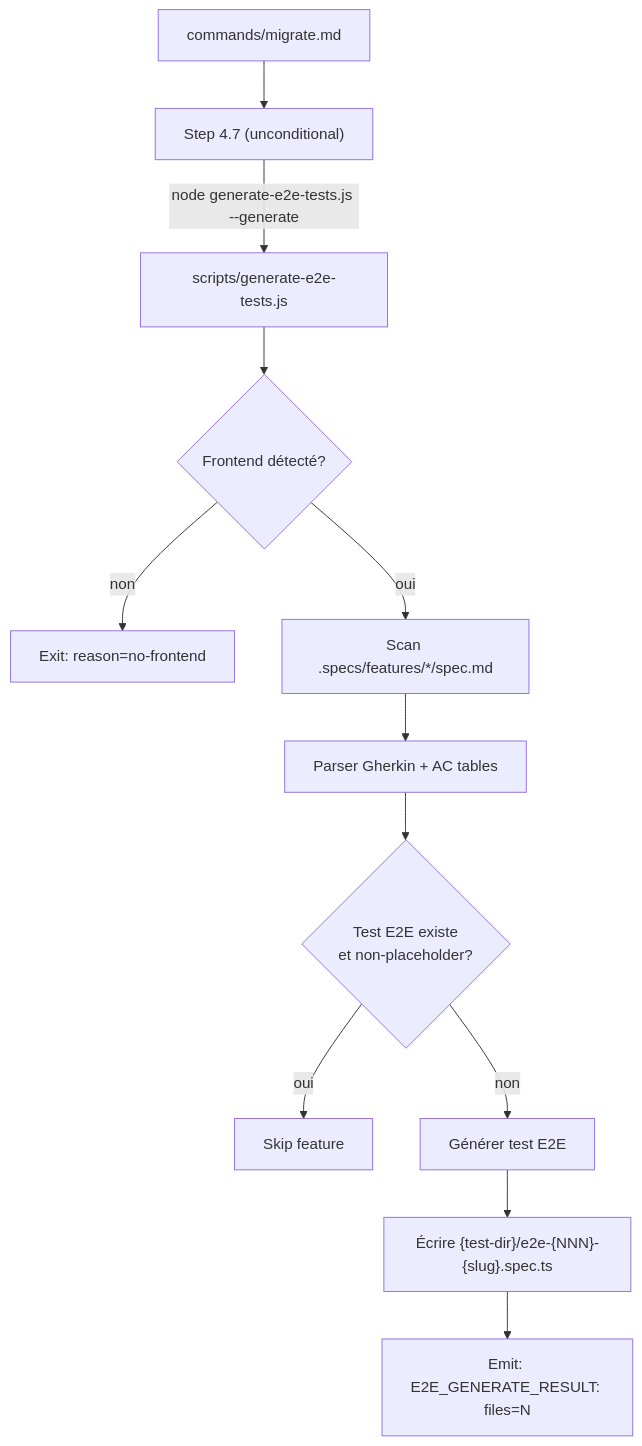
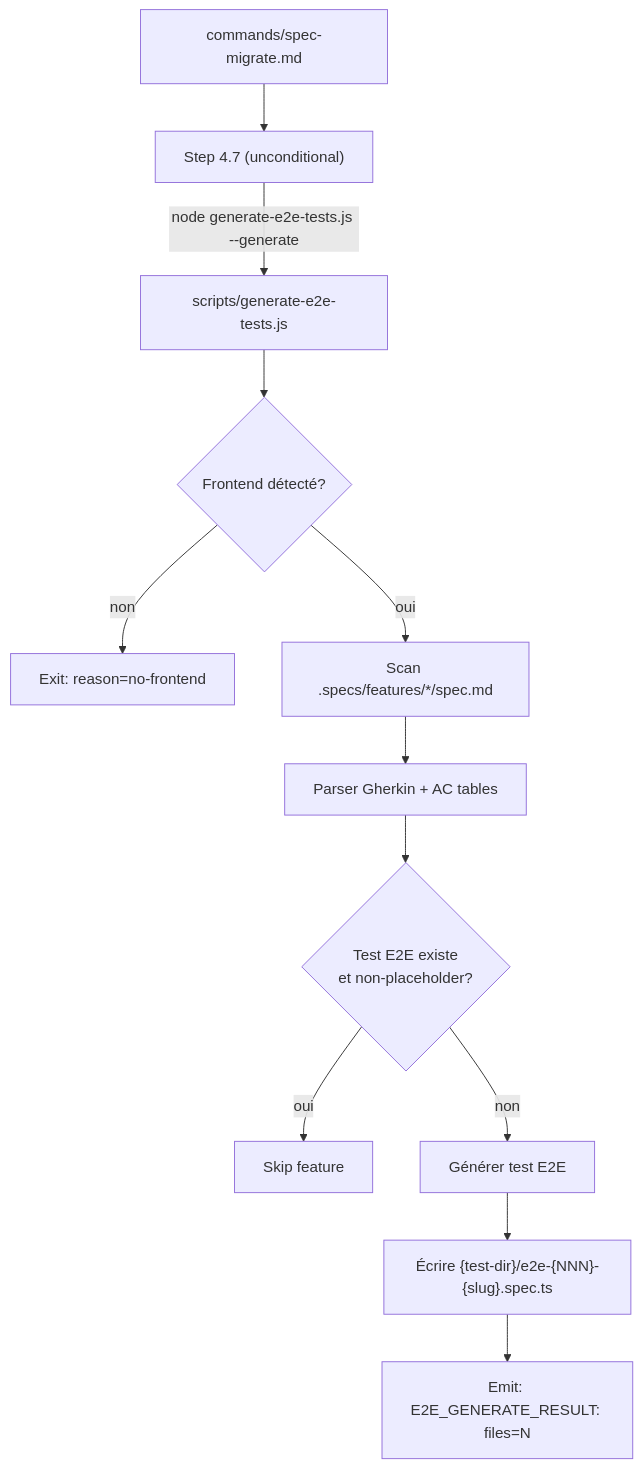
One commit to julien-m/livespec changed the diagram in docs/superpowers/specs/2026-04-20-migration-7-e2e-test-generation-design.md. Above: the diagram before and after it, drawn with Mermaid. The commit also changed other lines of this file and 312 other files, not shown here.

````diff
--- a/docs/superpowers/specs/2026-04-20-migration-7-e2e-test-generation-design.md
+++ b/docs/superpowers/specs/2026-04-20-migration-7-e2e-test-generation-design.md
@@ -25,14 +25,14 @@
 ```mermaid
 flowchart TD
-    MIGRATE["commands/migrate.md"] --> STEP47["Step 4.7 (unconditional)"]
+    MIGRATE["commands/spec-migrate.md"] --> STEP47["Step 4.7 (unconditional)"]
     STEP47 -->|"node generate-e2e-tests.js --generate"| SCRIPT["scripts/generate-e2e-tests.js"]
     SCRIPT --> DETECT{"Frontend détecté?"}
     DETECT -->|non| SKIP["Exit: reason=no-frontend"]
     DETECT -->|oui| SCAN["Scan .specs/features/*/spec.md"]
     SCAN --> PARSE["Parser Gherkin + AC tables"]
     PARSE --> CHECK{"Test E2E existe\net non-placeholder?"}
     CHECK -->|oui| SKIPF["Skip feature"]
     CHECK -->|non| GEN["Générer test E2E"]
     GEN --> WRITE["Écrire {test-dir}/e2e-{NNN}-{slug}.spec.ts"]
     WRITE --> SENTINEL["Emit: E2E_GENERATE_RESULT: files=N"]
 ```
````
